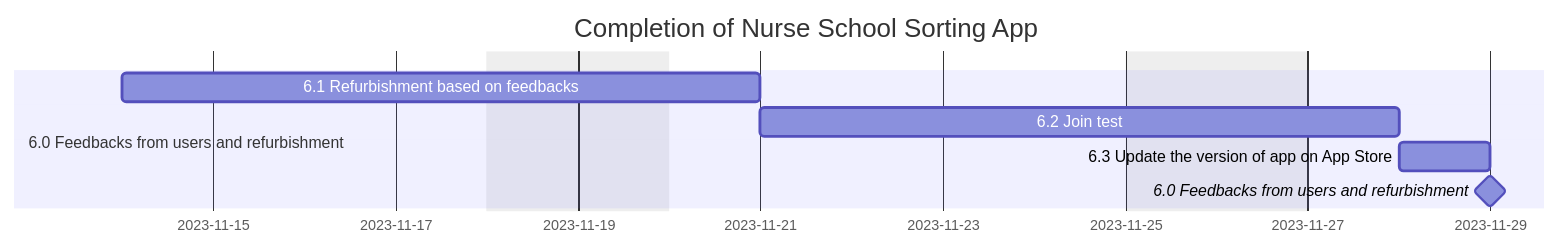
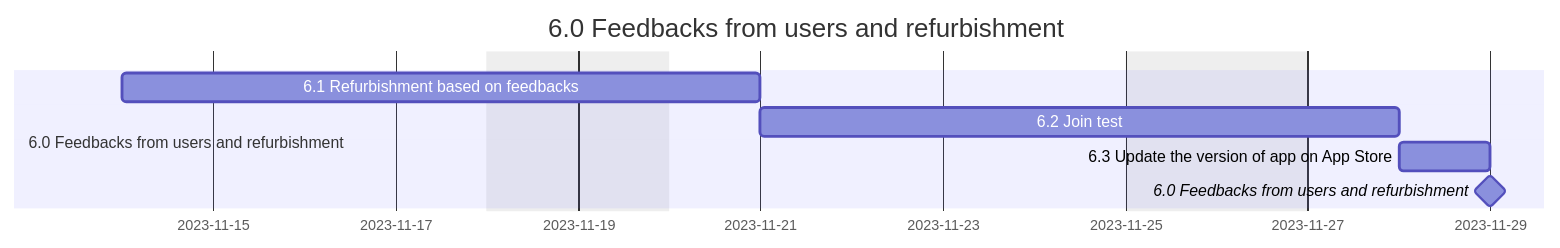
The eighth of 11 diagrams in README.md (riow1983/Coursera-PMP), drawn with Mermaid before and after one commit. The commit also changed other lines of this file, not shown here.

````diff
--- a/README.md
+++ b/README.md
@@ -241,12 +241,12 @@
 ```mermaid
 gantt
   dateFormat  YYYY-MM-DD
-  title       Completion of Nurse School Sorting App
+  title       6.0 Feedbacks from users and refurbishment
   excludes    weekends
 
   section 6.0 Feedbacks from users and refurbishment
   6.1 Refurbishment based on feedbacks: 2023-11-14, 5d
   6.2 Join test: 5d
   6.3 Update the version of app on App Store: 0.5d
   6.0 Feedbacks from users and refurbishment: milestone, 0d
 ```
````
